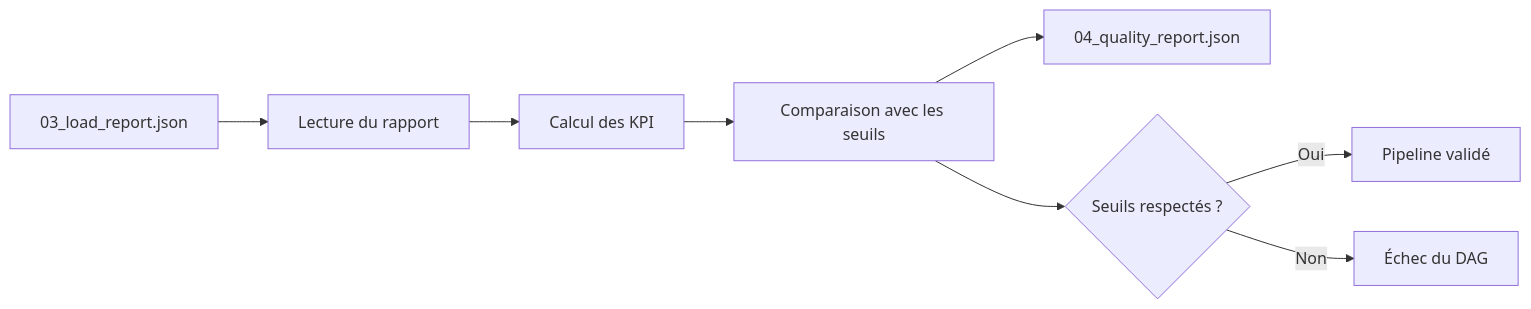
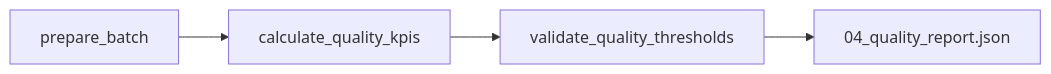
The diagram in docs/06_dag/05_quality.md (gonzalezcourrier34-glitch/checkit_ai), drawn with Mermaid before and after one commit. The commit also changed other lines of this file and 51 other files, not shown here.

````diff
--- a/docs/06_dag/05_quality.md
+++ b/docs/06_dag/05_quality.md
@@ -30,19 +36,11 @@
 ```mermaid
 flowchart LR
 
-A[03_load_report.json]
+A[prepare_batch]
 
-A --> B[Lecture du rapport]
+A --> B[calculate_quality_kpis]
 
-B --> C[Calcul des KPI]
+B --> C[validate_quality_thresholds]
 
-C --> D[Comparaison avec les seuils]
-
-D --> E[04_quality_report.json]
-
-D --> F{Seuils respectés ?}
-
-F -->|Oui| G[Pipeline validé]
-
-F -->|Non| H[Échec du DAG]
+C --> D[04_quality_report.json]
 ```
````
